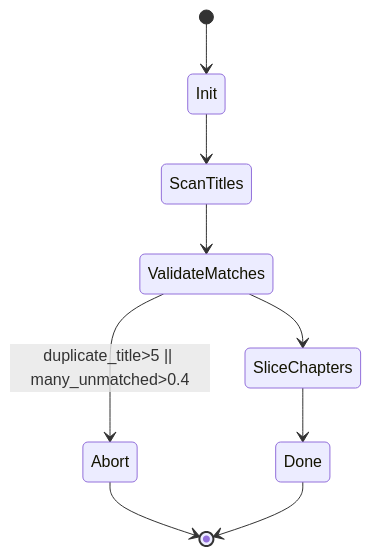
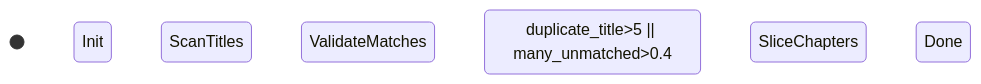
The diagram in docs/04-diagrams/state-machines/chapterizer_fsm.mmd (jwardwell7077/agent-audiobook-maker), drawn with Mermaid before and after one commit. The commit also changed 33 other files, not shown here.

Commit message:
docs: fix Mermaid for GitHub rendering; clean .mmd headers and comments; add mermaid syntax pytest; update docs

```diff
--- a/docs/04-diagrams/state-machines/chapterizer_fsm.mmd
+++ b/docs/04-diagrams/state-machines/chapterizer_fsm.mmd
@@ -1,9 +1,9 @@
 stateDiagram-v2
-  [*] --> Init
-  Init --> ScanTitles
-  ScanTitles --> ValidateMatches
-  ValidateMatches --> Abort: duplicate_title>5 || many_unmatched>0.4
-  ValidateMatches --> SliceChapters
-  SliceChapters --> Done
-  Abort --> [*]
-  Done --> [*]
+  [*]  Init
+  Init  ScanTitles
+  ScanTitles  ValidateMatches
+  ValidateMatches  Abort: duplicate_title>5 || many_unmatched>0.4
+  ValidateMatches  SliceChapters
+  SliceChapters  Done
+  Abort  [*]
+  Done  [*]
```
